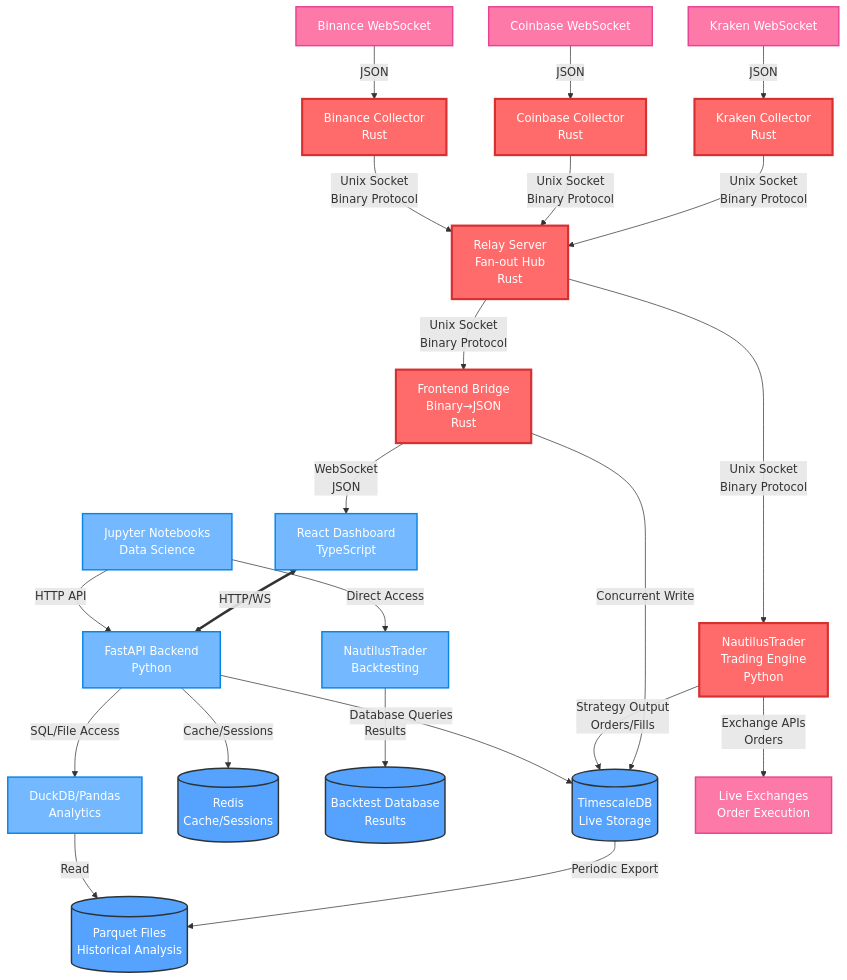
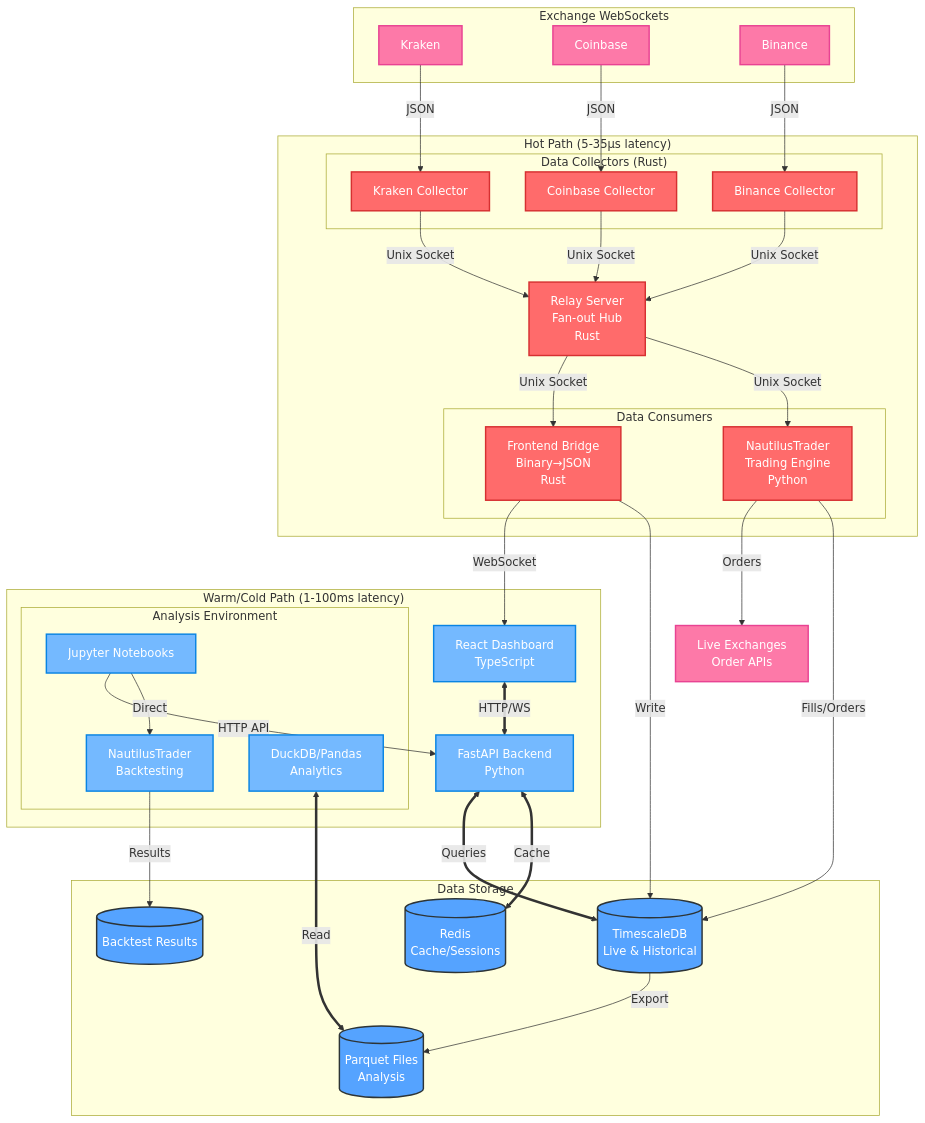
The diagram in README.md (dawsh2/AlphaPulse), drawn with Mermaid before and after one commit. The commit also changed other lines of this file and 2 other files, not shown here.

Commit message:
Tokio + Unix Sockets

````diff
--- a/README.md
+++ b/README.md
@@ -11,72 +11,83 @@
 ```mermaid
 graph TD
     %% Exchange Data Sources
-    KrakenWS[Kraken WebSocket]
-    CoinbaseWS[Coinbase WebSocket]
-    BinanceWS[Binance WebSocket]
+    subgraph "Exchange WebSockets"
+        KrakenWS[Kraken]
+        CoinbaseWS[Coinbase]
+        BinanceWS[Binance]
+    end
     
-    %% Hot Path Components
-    KrakenCollector[Kraken Collector<br/>Rust]
-    CoinbaseCollector[Coinbase Collector<br/>Rust]
-    BinanceCollector[Binance Collector<br/>Rust]
-    RelayServer[Relay Server<br/>Fan-out Hub<br/>Rust]
-    FrontendBridge[Frontend Bridge<br/>Binary→JSON<br/>Rust]
-    NautilusTrader[NautilusTrader<br/>Trading Engine<br/>Python]
+    %% Hot Path - Market Data Pipeline
+    subgraph "Hot Path (5-35μs latency)"
+        subgraph "Data Collectors (Rust)"
+            KrakenCollector[Kraken Collector]
+            CoinbaseCollector[Coinbase Collector] 
+            BinanceCollector[Binance Collector]
+        end
+        
+        RelayServer[Relay Server<br/>Fan-out Hub<br/>Rust]
+        
+        subgraph "Data Consumers"
+            FrontendBridge[Frontend Bridge<br/>Binary→JSON<br/>Rust]
+            NautilusTrader[NautilusTrader<br/>Trading Engine<br/>Python]
+        end
+    end
     
-    %% Frontend & Backend
-    ReactDashboard[React Dashboard<br/>TypeScript]
-    FastAPI[FastAPI Backend<br/>Python]
+    %% Warm/Cold Path - APIs & Analysis
+    subgraph "Warm/Cold Path (1-100ms latency)"
+        ReactDashboard[React Dashboard<br/>TypeScript]
+        FastAPI[FastAPI Backend<br/>Python]
+        
+        subgraph "Analysis Environment"
+            Jupyter[Jupyter Notebooks]
+            NautilusBacktest[NautilusTrader<br/>Backtesting]
+            DuckDB[DuckDB/Pandas<br/>Analytics]
+        end
+    end
     
     %% Data Storage
-    TimescaleDB[(TimescaleDB<br/>Live Storage)]
-    Redis[(Redis<br/>Cache/Sessions)]
-    ParquetFiles[(Parquet Files<br/>Historical Analysis)]
-    BacktestDB[(Backtest Database<br/>Results)]
+    subgraph "Data Storage"
+        TimescaleDB[(TimescaleDB<br/>Live & Historical)]
+        ParquetFiles[(Parquet Files<br/>Analysis)]
+        BacktestDB[(Backtest Results)]
+        Redis[(Redis<br/>Cache/Sessions)]
+    end
     
-    %% Analysis Tools
-    Jupyter[Jupyter Notebooks<br/>Data Science]
-    DuckDB[DuckDB/Pandas<br/>Analytics]
-    NautilusBacktest[NautilusTrader<br/>Backtesting]
+    %% External Systems
+    Exchanges[Live Exchanges<br/>Order APIs]
     
-    %% External
-    Exchanges[Live Exchanges<br/>Order Execution]
-    
-    %% Hot Path Flow (Market Data)
+    %% Hot Path Connections
     KrakenWS -->|JSON| KrakenCollector
     CoinbaseWS -->|JSON| CoinbaseCollector
     BinanceWS -->|JSON| BinanceCollector
     
-    KrakenCollector -->|Unix Socket<br/>Binary Protocol| RelayServer
-    CoinbaseCollector -->|Unix Socket<br/>Binary Protocol| RelayServer
-    BinanceCollector -->|Unix Socket<br/>Binary Protocol| RelayServer
+    KrakenCollector -->|Unix Socket| RelayServer
+    CoinbaseCollector -->|Unix Socket| RelayServer
+    BinanceCollector -->|Unix Socket| RelayServer
     
-    RelayServer -->|Unix Socket<br/>Binary Protocol| FrontendBridge
-    RelayServer -->|Unix Socket<br/>Binary Protocol| NautilusTrader
+    RelayServer -->|Unix Socket| FrontendBridge
+    RelayServer -->|Unix Socket| NautilusTrader
     
-    FrontendBridge -->|WebSocket<br/>JSON| ReactDashboard
-    FrontendBridge -->|Concurrent Write| TimescaleDB
+    FrontendBridge -->|WebSocket| ReactDashboard
+    FrontendBridge -->|Write| TimescaleDB
+    NautilusTrader -->|Orders| Exchanges
+    NautilusTrader -->|Fills/Orders| TimescaleDB
     
-    %% Trading Flow
-    NautilusTrader -->|Exchange APIs<br/>Orders| Exchanges
-    NautilusTrader -->|Strategy Output<br/>Orders/Fills| TimescaleDB
+    %% Warm/Cold Path Connections
+    ReactDashboard <==>|HTTP/WS| FastAPI
+    FastAPI <==>|Queries| TimescaleDB
+    FastAPI <==>|Cache| Redis
     
-    %% Warm/Cold Path Flow
-    ReactDashboard <==>|HTTP/WS| FastAPI
-    FastAPI -->|Database Queries| TimescaleDB
-    FastAPI -->|Cache/Sessions| Redis
+    Jupyter -->|HTTP API| FastAPI
+    Jupyter -->|Direct| NautilusBacktest
     
-    %% Analysis Flow
-    Jupyter -->|HTTP API| FastAPI
-    Jupyter -->|Direct Access| NautilusBacktest
-    FastAPI -->|SQL/File Access| DuckDB
-    
-    %% Data Export/Analysis
-    TimescaleDB -->|Periodic Export| ParquetFiles
-    DuckDB -->|Read| ParquetFiles
+    %% Data Pipeline
+    TimescaleDB -->|Export| ParquetFiles
+    DuckDB <==>|Read| ParquetFiles
     NautilusBacktest -->|Results| BacktestDB
     
     %% Styling
-    classDef hotPath fill:#ff6b6b,stroke:#d63031,stroke-width:3px,color:#fff
+    classDef hotPath fill:#ff6b6b,stroke:#d63031,stroke-width:2px,color:#fff
     classDef warmPath fill:#74b9ff,stroke:#0984e3,stroke-width:2px,color:#fff
     classDef storage fill:#55a3ff,stroke:#2d3436,stroke-width:2px,color:#fff
     classDef external fill:#fd79a8,stroke:#e84393,stroke-width:2px,color:#fff
````
